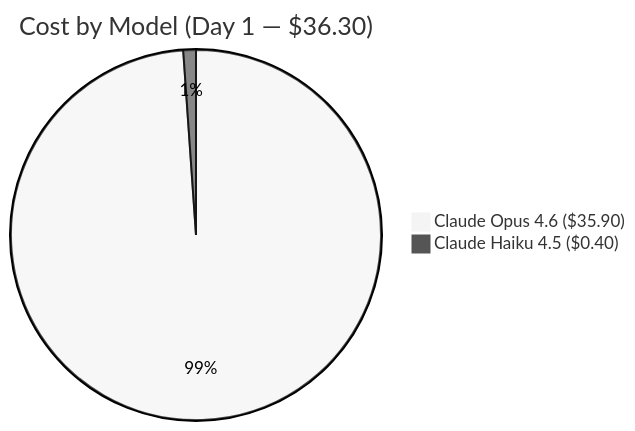
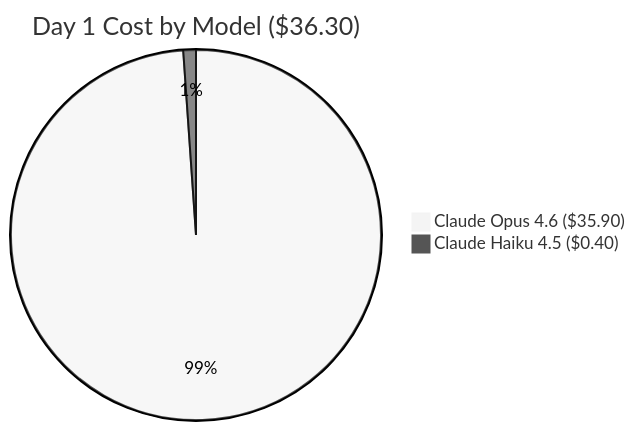
One commit to atlantdak/claude-code-hackathon-xbo-market-kit changed the fourth of 7 diagrams in README.md. Above: the diagram before and after it, drawn with Mermaid (neutral theme). The commit also changed other lines of this file and 2 other files, not shown here.

First line of the commit message:
fix(docs): fix Mermaid Gantt, block status, worklog completeness

````diff
--- a/README.md
+++ b/README.md
@@ -100,5 +100,5 @@
 ```mermaid
-pie title Cost by Model (Day 1 — $36.30)
+pie title Day 1 Cost by Model ($36.30)
     "Claude Opus 4.6 ($35.90)" : 3590
     "Claude Haiku 4.5 ($0.40)" : 40
 ```
````
